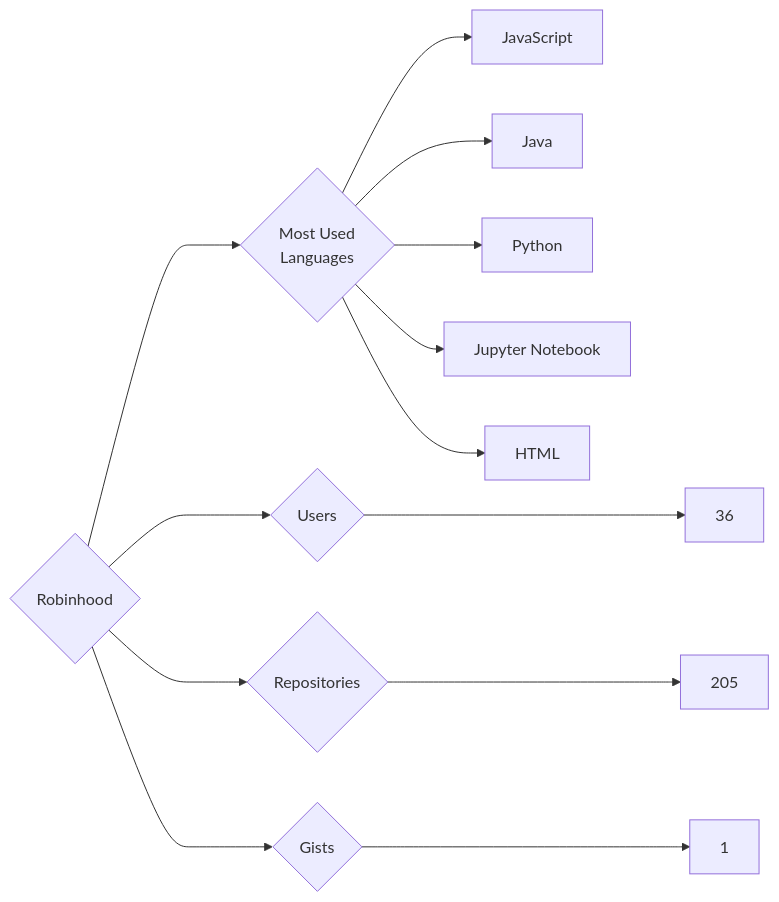
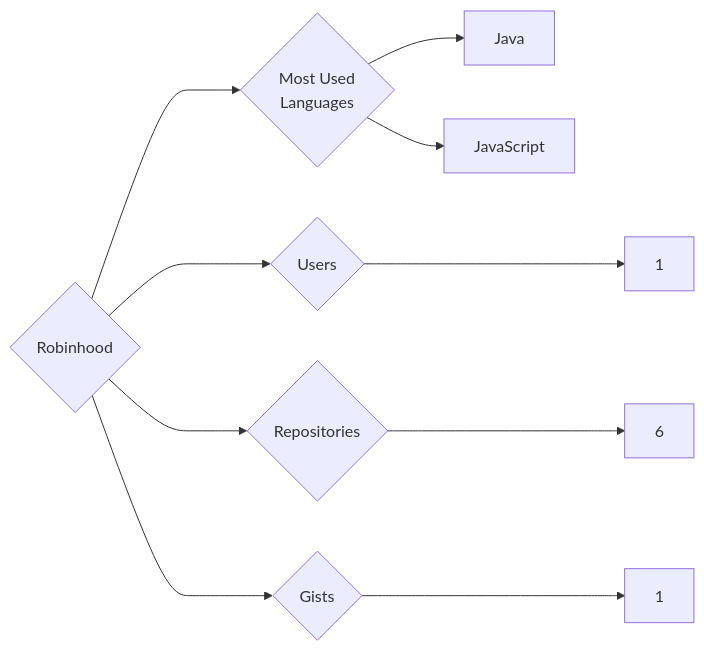
The diagram in targets/Robinhood/README.md (trickest/insiders), drawn with Mermaid before and after one commit. The commit also changed 833 other files, not shown here.

````diff
--- a/targets/Robinhood/README.md
+++ b/targets/Robinhood/README.md
@@ -3,13 +3,10 @@
 ```mermaid
 graph LR
 COMPANY_NAME{Robinhood}
-COMPANY_NAME ---> U{Users} ---> UN[36]
-COMPANY_NAME ---> R{Repositories} ---> RN[205]
+COMPANY_NAME ---> U{Users} ---> UN[1]
+COMPANY_NAME ---> R{Repositories} ---> RN[6]
 COMPANY_NAME ---> G{Gists} ---> GN[1]
 COMPANY_NAME ---> ML{Most Used<br>Languages}
+ML --> Java[Java]
 ML --> JavaScript[JavaScript]
-ML --> Java[Java]
-ML --> Python[Python]
-ML --> Jupyter_Notebook[Jupyter Notebook]
-ML --> HTML[HTML]
 ```
````
